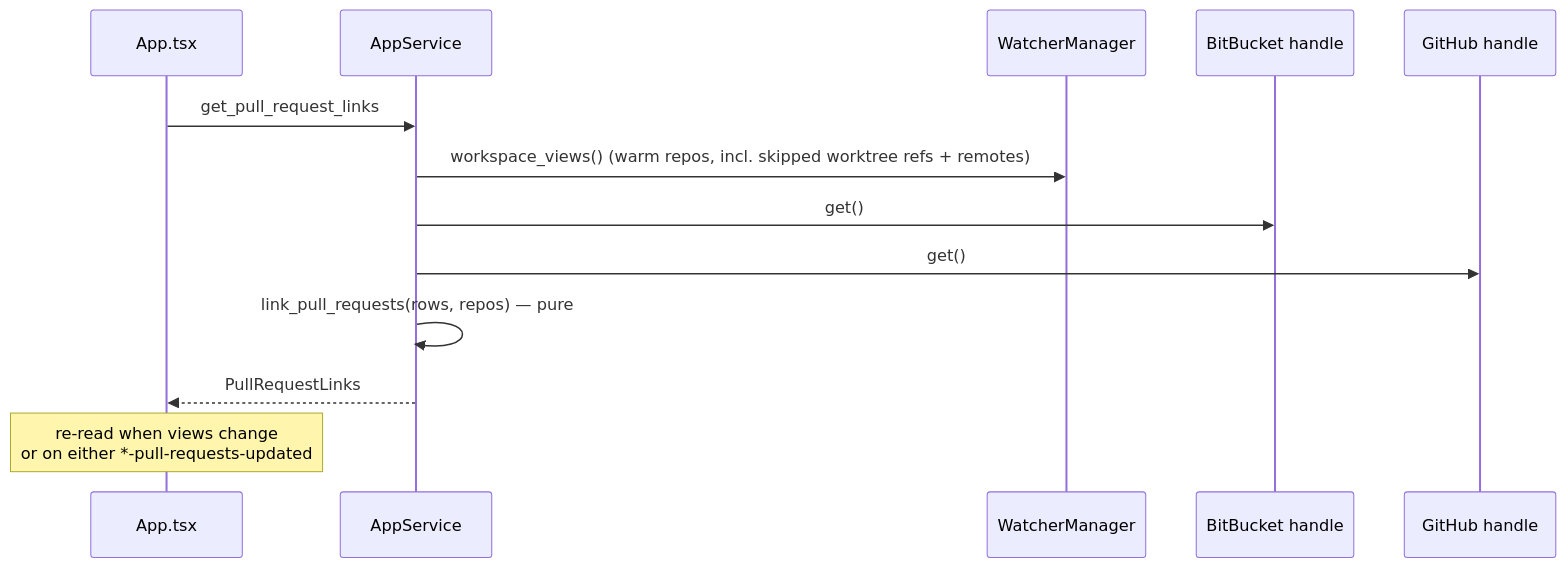
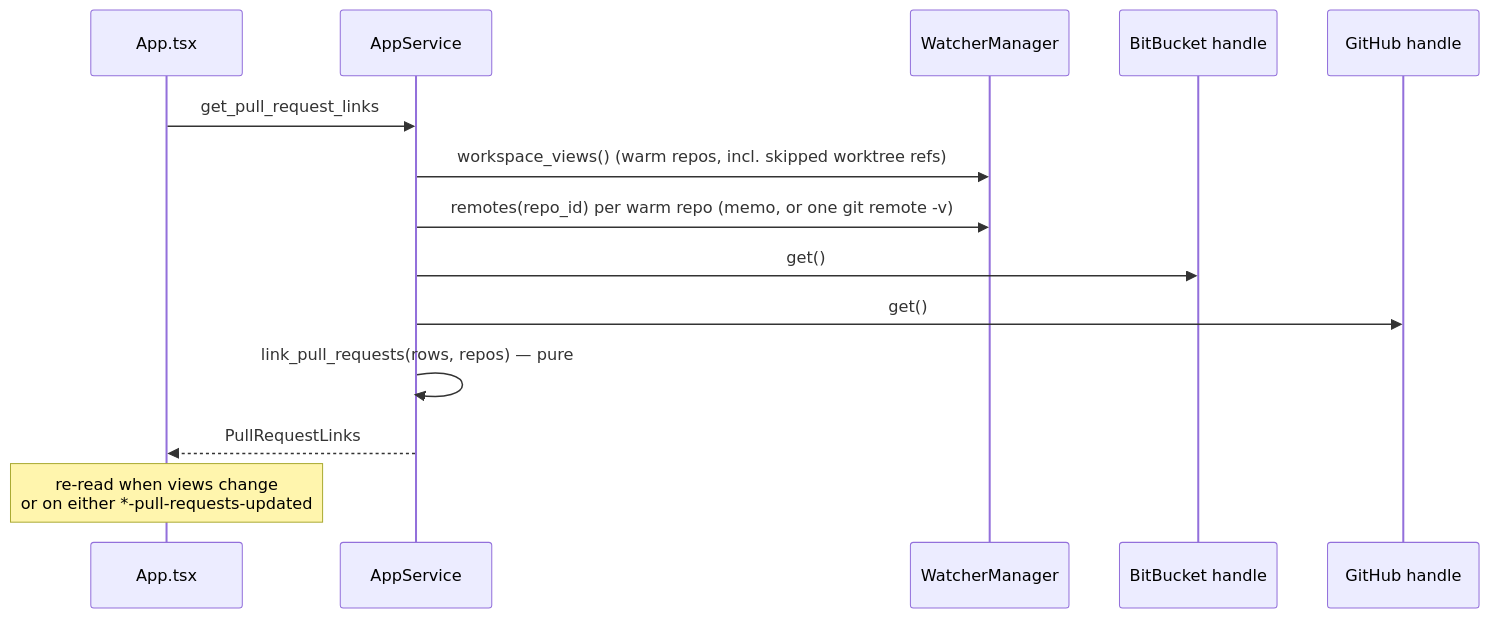
The first of 5 diagrams in openspec/changes/link-pull-requests-to-worktrees/design.md (avantmedialtd/specforge), drawn with Mermaid before and after one commit. The commit also changed other lines of this file and 8 other files, not shown here.

````diff
--- a/openspec/changes/link-pull-requests-to-worktrees/design.md
+++ b/openspec/changes/link-pull-requests-to-worktrees/design.md
@@ -31,15 +32,16 @@
 ```mermaid
 sequenceDiagram
   participant UI as App.tsx
   participant S as AppService
   participant W as WatcherManager
   participant B as BitBucket handle
   participant G as GitHub handle
   UI->>S: get_pull_request_links
-  S->>W: workspace_views() (warm repos, incl. skipped worktree refs + remotes)
+  S->>W: workspace_views() (warm repos, incl. skipped worktree refs)
+  S->>W: remotes(repo_id) per warm repo (memo, or one git remote -v)
   S->>B: get()
   S->>G: get()
   S->>S: link_pull_requests(rows, repos) — pure
   S-->>UI: PullRequestLinks
   Note over UI: re-read when views change<br/>or on either *-pull-requests-updated
 ```
````
